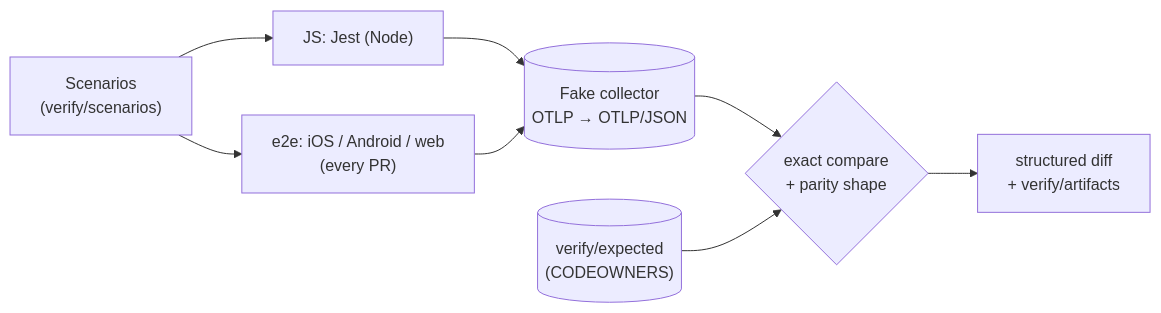
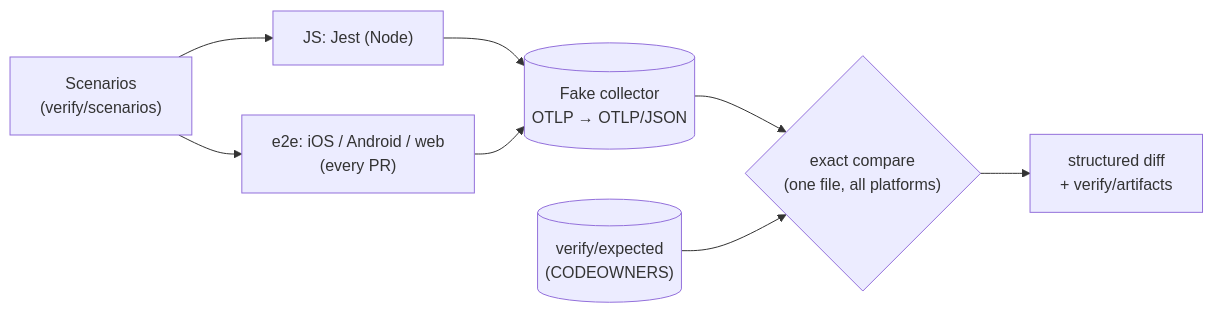
One commit to callstack/react-native-open-telemetry changed the fourth of 5 diagrams in docs/superpowers/specs/2026-11-10-rn-otel-design.md. Above: the diagram before and after it, drawn with Mermaid. The commit also changed other lines of this file and 110 other files, not shown here.

First line of the commit message:
test(verify)!: one expected OTLP file per scenario for every platform

````diff
--- a/docs/superpowers/specs/2026-11-10-rn-otel-design.md
+++ b/docs/superpowers/specs/2026-11-10-rn-otel-design.md
@@ -694,10 +693,10 @@
 ```mermaid
 flowchart LR
   sc["Scenarios<br/>(verify/scenarios)"] --> js["JS: Jest (Node)"]
   sc --> e2e["e2e: iOS / Android / web<br/>(every PR)"]
   js --> fc
   e2e --> fc
-  fc[("Fake collector<br/>OTLP → OTLP/JSON")] --> cmp{"exact compare<br/>+ parity shape"}
+  fc[("Fake collector<br/>OTLP → OTLP/JSON")] --> cmp{"exact compare<br/>(one file, all platforms)"}
   exp[("verify/expected<br/>(CODEOWNERS)")] --> cmp
   cmp --> out["structured diff<br/>+ verify/artifacts"]
 ```
````
